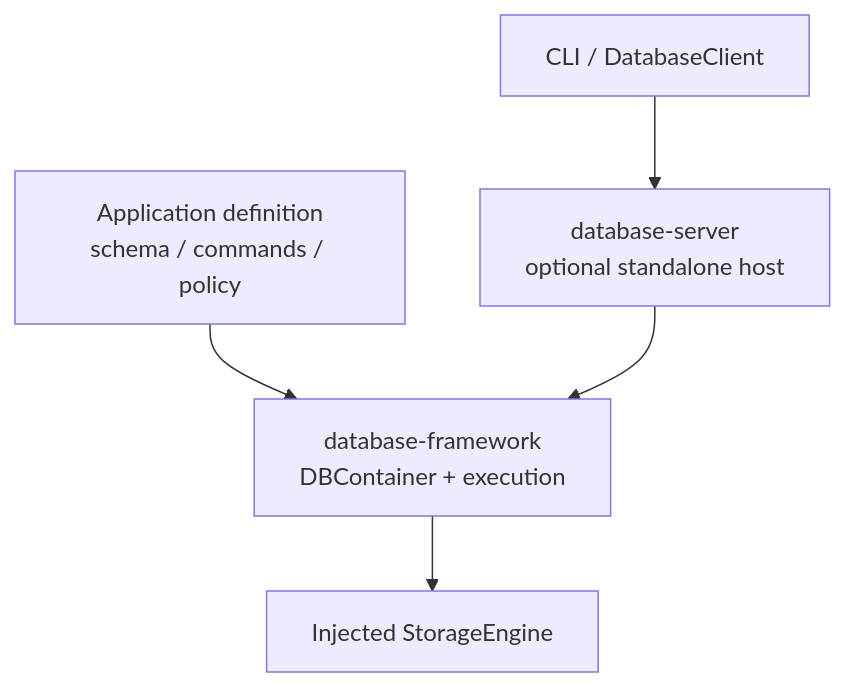
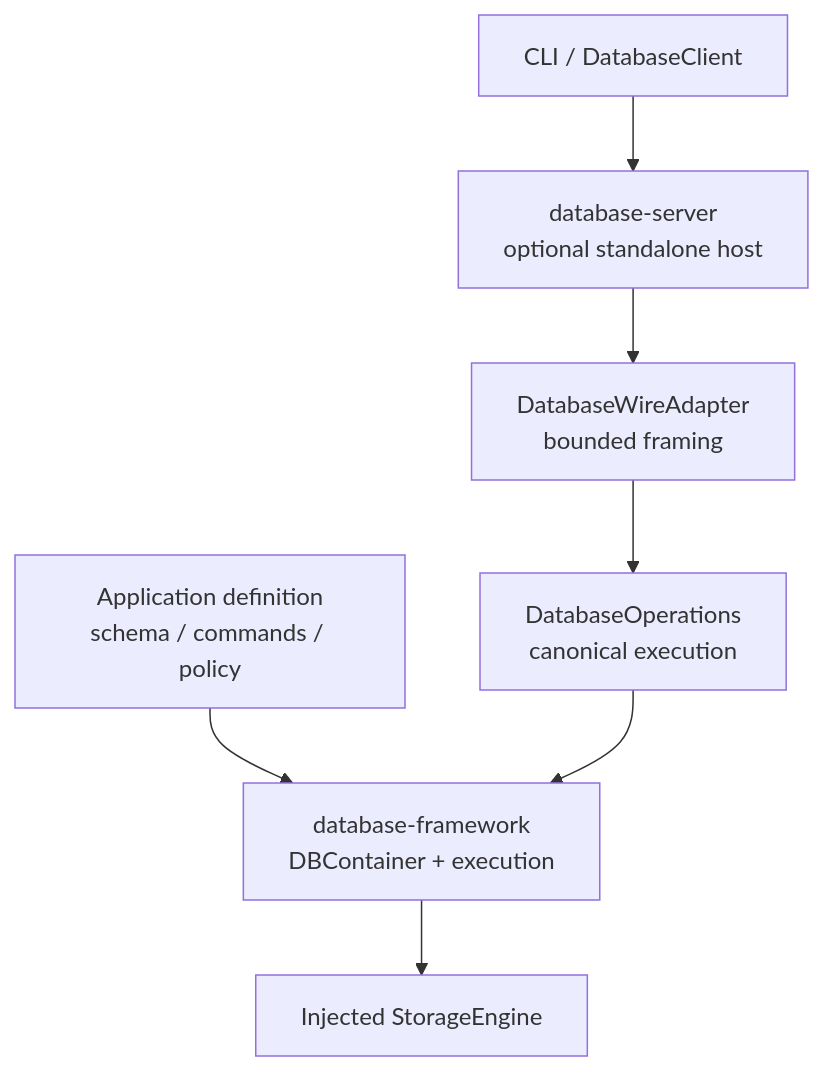
One commit to 1amageek/database-framework changed the diagram in docs/architecture.md. Above: the diagram before and after it, drawn with Mermaid. The commit also changed other lines of this file and 672 other files, not shown here.

Commit message:
Split operation execution from wire hosting

```diff
--- a/docs/architecture.md
+++ b/docs/architecture.md
@@ -57,7 +57,9 @@
 ~~~mermaid
 flowchart TB
     Definition["Application definition<br/>schema / commands / policy"] --> Runtime["database-framework<br/>DBContainer + execution"]
     Runtime --> Engine["Injected StorageEngine"]
-    NativeHost["database-server<br/>optional standalone host"] --> Runtime
+    NativeHost["database-server<br/>optional standalone host"] --> Adapter["DatabaseWireAdapter<br/>bounded framing"]
+    Adapter --> Operations["DatabaseOperations<br/>canonical execution"]
+    Operations --> Runtime
     Remote["CLI / DatabaseClient"] --> NativeHost
 ~~~
```
